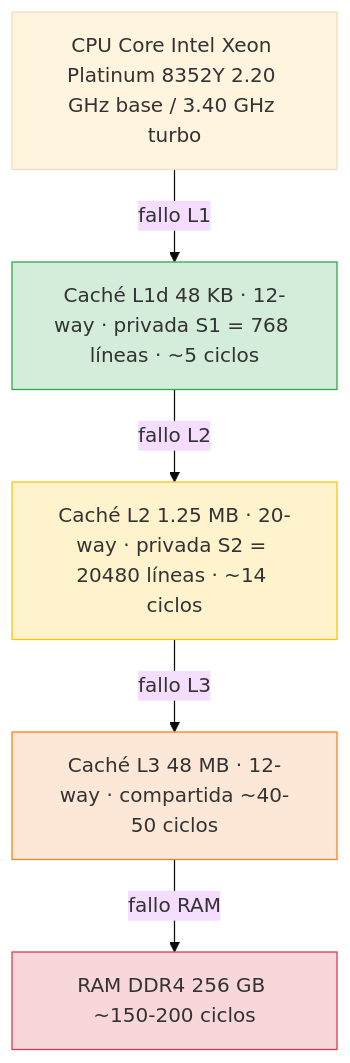
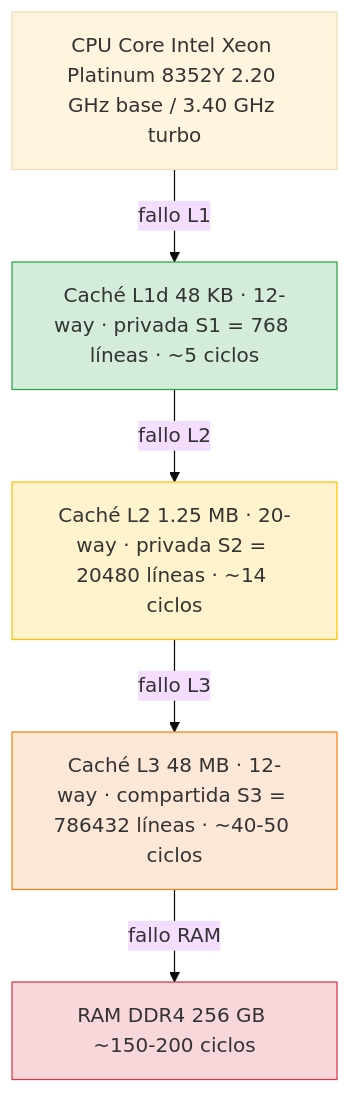
The first of 5 diagrams in RESULTS.md (Alvaro-USC/ArqComp-Practica1), drawn with Mermaid (base theme) before and after one commit. The commit also changed other lines of this file and 4 other files, not shown here.

````diff
--- a/RESULTS.md
+++ b/RESULTS.md
@@ -13,18 +13,18 @@
 ```mermaid
 graph TD
     CPU["CPU Core Intel Xeon Platinum 8352Y 2.20 GHz base / 3.40 GHz turbo"]
     L1["Caché L1d 48 KB · 12-way · privada S1 = 768 líneas · ~5 ciclos"]
     L2["Caché L2 1.25 MB · 20-way · privada S2 = 20480 líneas · ~14 ciclos"]
-    L3["Caché L3 48 MB · 12-way · compartida ~40-50 ciclos"]
+    L3["Caché L3 48 MB · 12-way · compartida S3 = 786432 líneas · ~40-50 ciclos"]
     RAM["RAM DDR4 256 GB ~150-200 ciclos"]
 
     CPU -->|"fallo L1"| L1
     L1 -->|"fallo L2"| L2
     L2 -->|"fallo L3"| L3
     L3 -->|"fallo RAM"| RAM
 
     style L1 fill:#d4edda,stroke:#28a745
     style L2 fill:#fff3cd,stroke:#ffc107
     style L3 fill:#fde8d8,stroke:#fd7e14
     style RAM fill:#f8d7da,stroke:#dc3545
 ```
````
